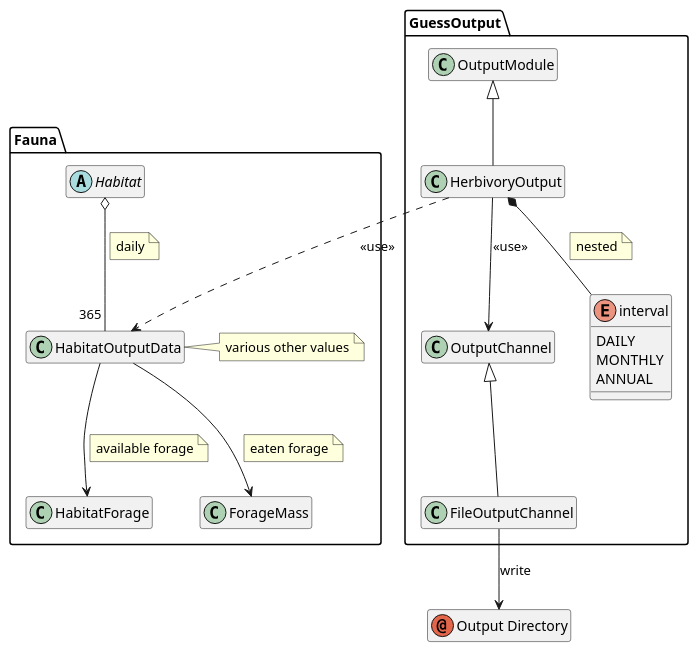
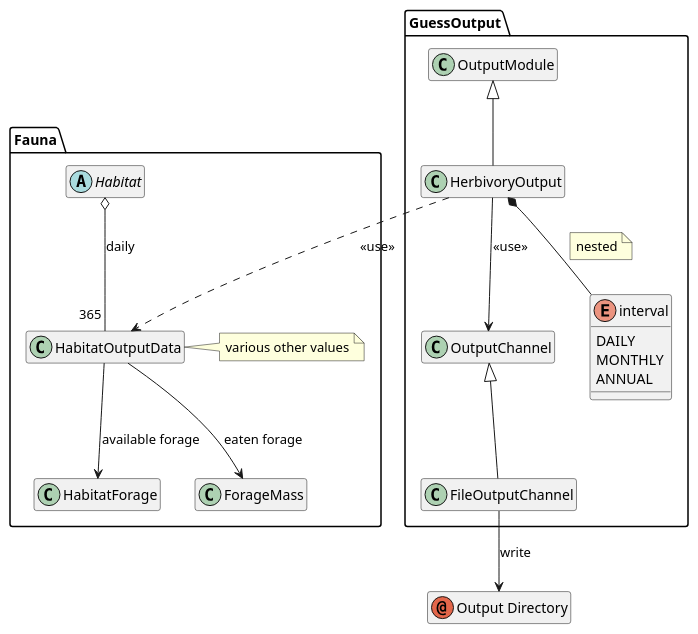
One commit to wtraylor/modular_megafauna_model changed diagram 12 of 12 in doxygen/herbiv_design.md. Above: the diagram before and after it, drawn with PlantUML. The commit also changed other lines of this file and 45 other files, not shown here.

```diff
--- a/doxygen/herbiv_design.md
+++ b/doxygen/herbiv_design.md
@@ -420,30 +563,27 @@
 @startuml "Output classes of the herbivory module"
 hide members 
 annotation "Output Directory" as outputdirectory 
 namespace GuessOutput{
 	HerbivoryOutput     --> OutputChannel : <<use>>
 	OutputModule      <|--  HerbivoryOutput
 	OutputChannel     <|--  FileOutputChannel
 	FileOutputChannel   --> .outputdirectory : write
 	enum interval {
 		DAILY
 		MONTHLY
 		ANNUAL
 	}
 	show interval members
 	HerbivoryOutput *-- interval
 	note on link : nested
 }
 namespace Fauna{
 	abstract Habitat
-	Habitat o-- "365" HabitatOutputData
-	note on link: daily
+	Habitat o-- "365" HabitatOutputData : daily
 	GuessOutput.HerbivoryOutput ..> Fauna.HabitatOutputData : <<use>>
-	HabitatOutputData --> HabitatForage
-	note on link : available forage
-	HabitatOutputData --> ForageMass
-	note on link : eaten forage
+	HabitatOutputData --> HabitatForage : available forage
+	HabitatOutputData --> ForageMass : eaten forage
 	class HabitatOutputData
 	note right : various other values
 }
 @enduml
```
